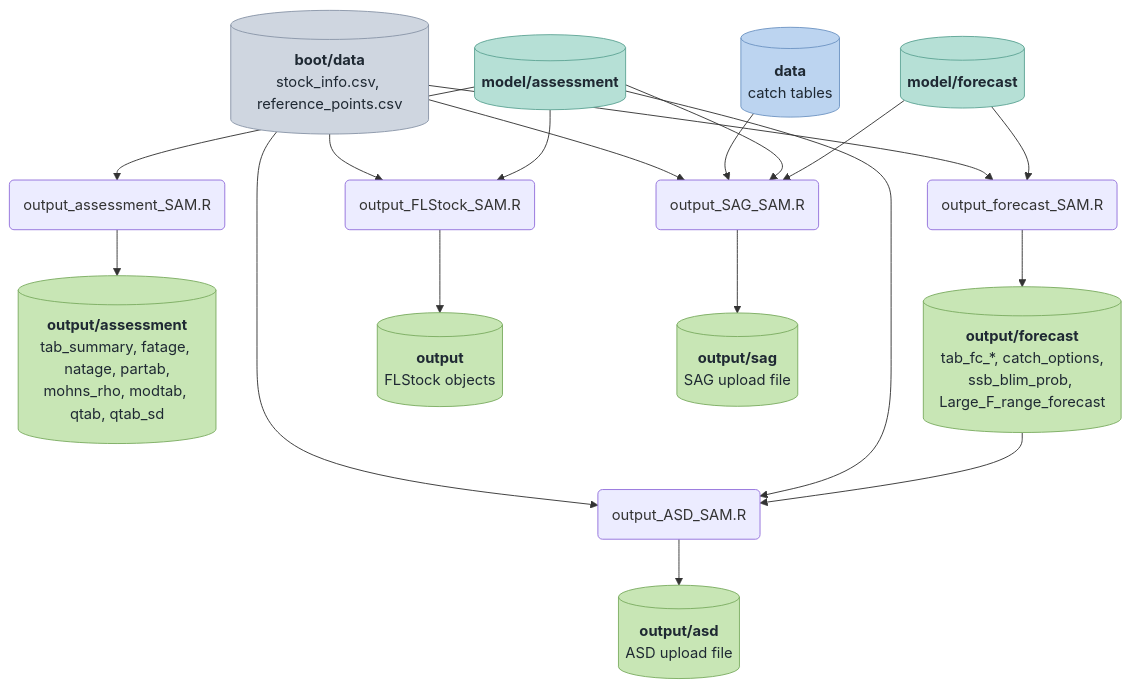
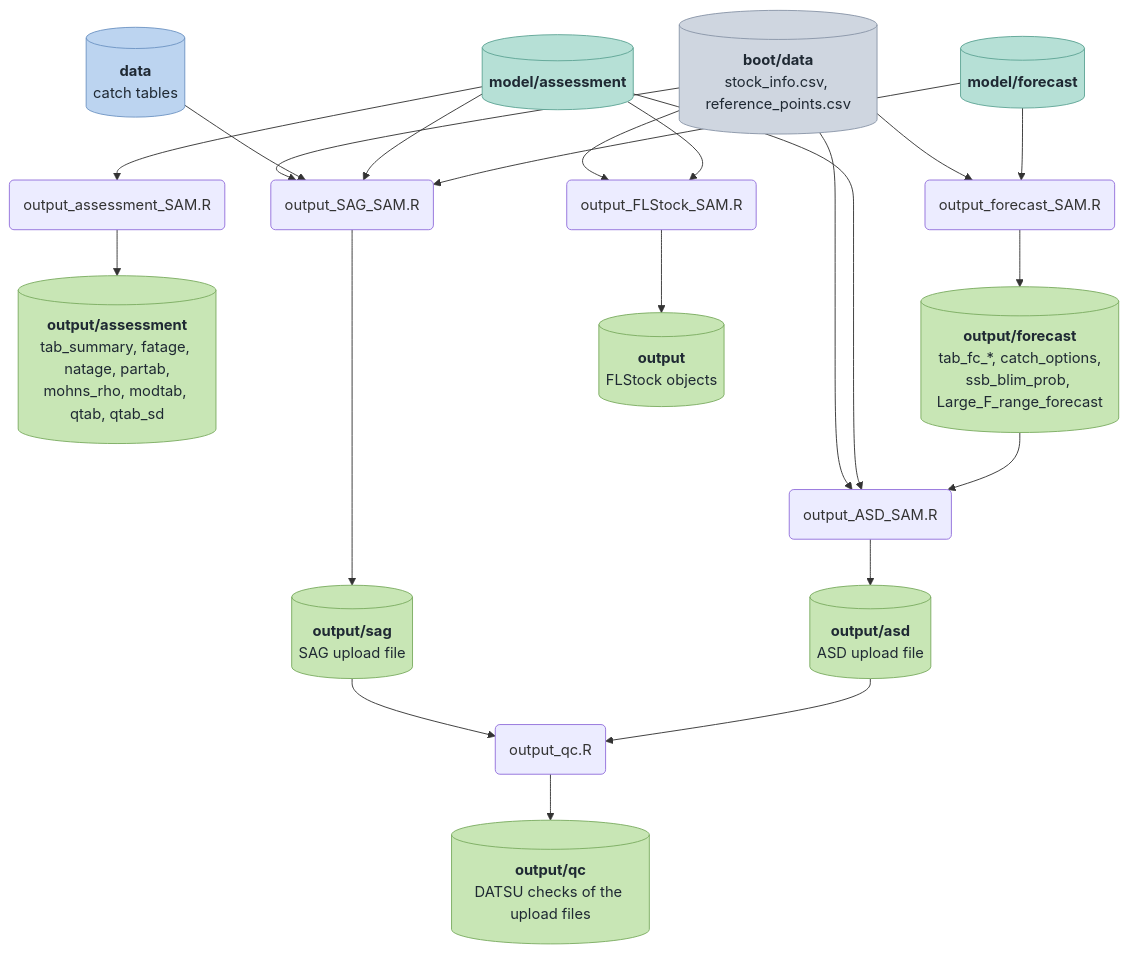
The fourth of 5 diagrams in README.Rmd (ices-tools-dev/SAM_taf_template), drawn with Mermaid before and after one commit. The commit also changed 3 other files, not shown here.

Commit message:
Add DATSU checks of the SAG and ASD upload files

````diff
--- a/README.Rmd
+++ b/README.Rmd
@@ -122,38 +122,42 @@
 ```mermaid
 flowchart TD
   B[("<b>boot/data</b><br/>stock_info.csv, reference_points.csv")]
   D[("<b>data</b><br/>catch tables")]
   M1[("<b>model/assessment</b>")]
   M2[("<b>model/forecast</b>")]
   S1("output_assessment_SAM.R")
   S2("output_forecast_SAM.R")
   S3("output_FLStock_SAM.R")
   S4("output_SAG_SAM.R")
   S5("output_ASD_SAM.R")
+  S6("output_qc.R")
   O1[("<b>output/assessment</b><br/>tab_summary, fatage, natage, partab,<br/>mohns_rho, modtab, qtab, qtab_sd")]
   O2[("<b>output/forecast</b><br/>tab_fc_*, catch_options,<br/>ssb_blim_prob, Large_F_range_forecast")]
   O3[("<b>output</b><br/>FLStock objects")]
   O4[("<b>output/sag</b><br/>SAG upload file")]
   O5[("<b>output/asd</b><br/>ASD upload file")]
+  O6[("<b>output/qc</b><br/>DATSU checks of the upload files")]
   M1 --> S1 --> O1
   B --> S2
   M2 --> S2 --> O2
   B --> S3
   M1 --> S3 --> O3
   B --> S4
   D --> S4
   M1 --> S4
   M2 --> S4 --> O4
   B --> S5
   M1 --> S5
   O2 --> S5 --> O5
+  O4 --> S6
+  O5 --> S6 --> O6
   classDef boot fill:#cfd6e0,stroke:#8a96a8,color:#1f2933
   classDef data fill:#bcd4f0,stroke:#6f95c4,color:#1f2933
   classDef model fill:#b6e0d6,stroke:#5fa596,color:#1f2933
   classDef output fill:#c8e6b5,stroke:#7cad62,color:#1f2933
   classDef report fill:#f3d9a6,stroke:#c9a35a,color:#1f2933
   class B boot
   class D data
   class M1,M2 model
-  class O1,O2,O3,O4,O5 output
+  class O1,O2,O3,O4,O5,O6 output
 ```
````
